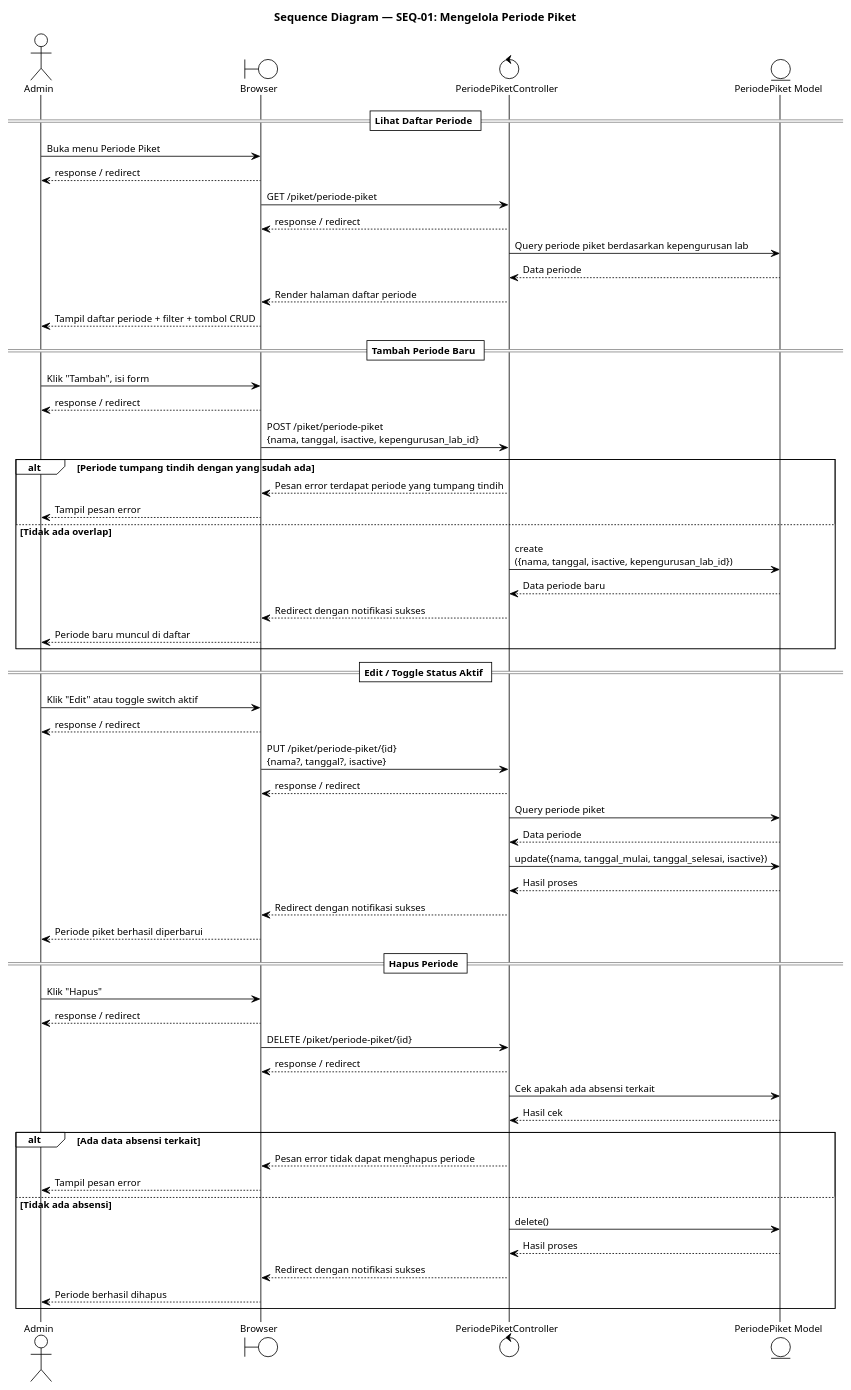
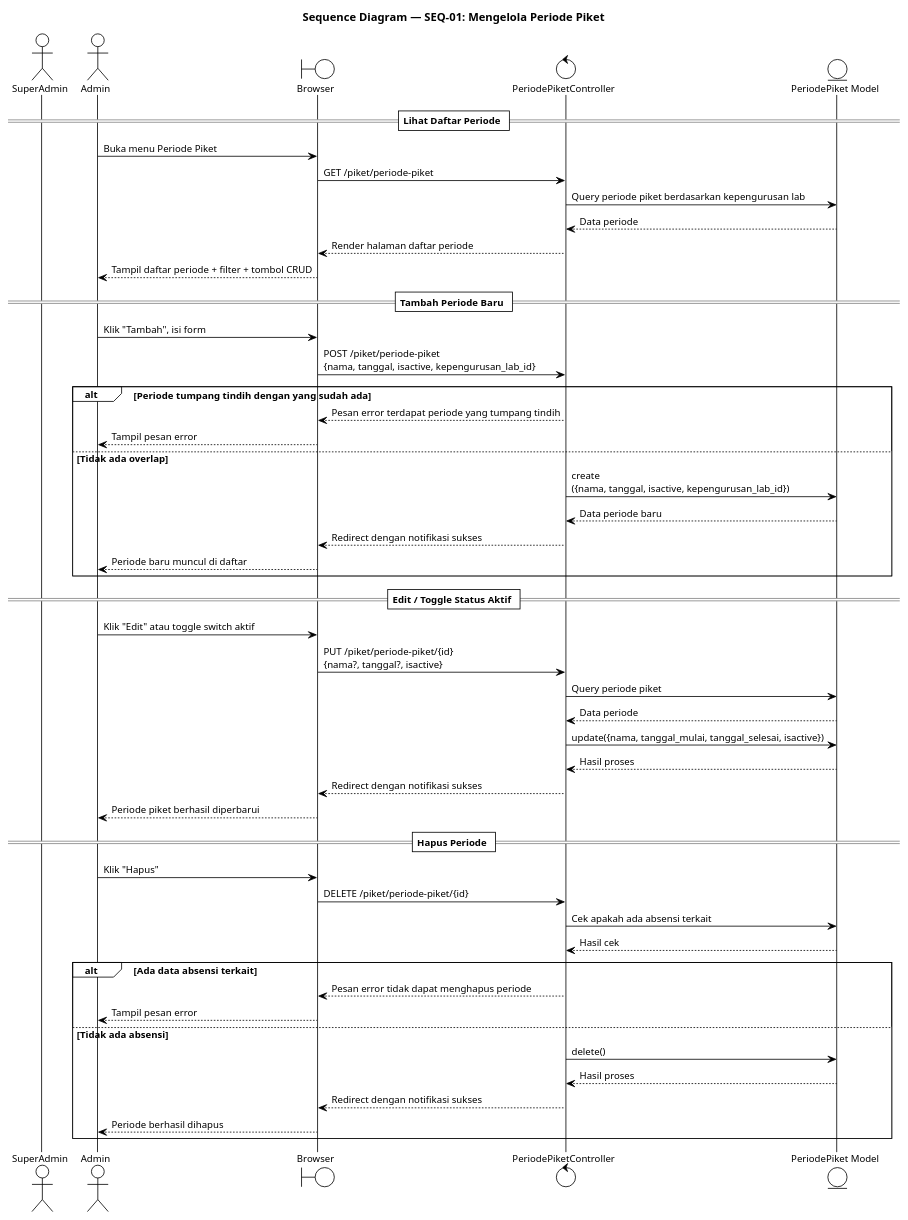
Before and after one commit to Habiboys/SILAB-DSI: the diagram in docs/piket/sequence/SEQ_01_MENGELOLA_PERIODE_PIKET.puml, drawn with PlantUML. The commit also changed 126 other files, not shown here.

```diff
--- a/docs/piket/sequence/SEQ_01_MENGELOLA_PERIODE_PIKET.puml
+++ b/docs/piket/sequence/SEQ_01_MENGELOLA_PERIODE_PIKET.puml
@@ -1,69 +1,71 @@
 @startuml SEQ_01_MENGELOLA_PERIODE_PIKET
 !theme plain
 skinparam defaultFontSize 12
 skinparam TitleFontSize 14
 title Sequence Diagram — SEQ-01: Mengelola Periode Piket
+
+actor       "SuperAdmin"                  as SuperAdmin
 
 actor       "Admin"                  as Admin
 boundary    "Browser"                as Browser
 control     "PeriodePiketController" as Controller
 entity      "PeriodePiket Model"     as Model
 
 == Lihat Daftar Periode ==
 
 Admin   -> Browser     : Buka menu Periode Piket
-Browser --> Admin : response / redirect
+
 Browser -> Controller  : GET /piket/periode-piket
-Controller --> Browser : response / redirect
+
 Controller -> Model    : Query periode piket berdasarkan kepengurusan lab
 Model --> Controller   : Data periode
 Controller --> Browser : Render halaman daftar periode
 Browser --> Admin      : Tampil daftar periode + filter + tombol CRUD
 
 == Tambah Periode Baru ==
 
 Admin   -> Browser     : Klik "Tambah", isi form
-Browser --> Admin : response / redirect
+
 Browser -> Controller  : POST /piket/periode-piket\n{nama, tanggal, isactive, kepengurusan_lab_id}
 alt Periode tumpang tindih dengan yang sudah ada
   Controller --> Browser : Pesan error terdapat periode yang tumpang tindih
   Browser --> Admin      : Tampil pesan error
 else Tidak ada overlap
   Controller -> Model : create\n({nama, tanggal, isactive, kepengurusan_lab_id})
   Model --> Controller : Data periode baru
   Controller --> Browser : Redirect dengan notifikasi sukses
   Browser --> Admin      : Periode baru muncul di daftar
 end
 
 == Edit / Toggle Status Aktif ==
 
 Admin   -> Browser     : Klik "Edit" atau toggle switch aktif
-Browser --> Admin : response / redirect
+
 Browser -> Controller  : PUT /piket/periode-piket/{id}\n{nama?, tanggal?, isactive}
-Controller --> Browser : response / redirect
+
 Controller -> Model    : Query periode piket
 Model --> Controller   : Data periode
 Controller -> Model    : update({nama, tanggal_mulai, tanggal_selesai, isactive})
 Model --> Controller : Hasil proses
 Controller --> Browser : Redirect dengan notifikasi sukses
 Browser --> Admin      : Periode piket berhasil diperbarui
 
 == Hapus Periode ==
 
 Admin   -> Browser     : Klik "Hapus"
-Browser --> Admin : response / redirect
+
 Browser -> Controller  : DELETE /piket/periode-piket/{id}
-Controller --> Browser : response / redirect
+
 Controller -> Model    : Cek apakah ada absensi terkait
 Model --> Controller   : Hasil cek
 alt Ada data absensi terkait
   Controller --> Browser : Pesan error tidak dapat menghapus periode
   Browser --> Admin      : Tampil pesan error
 else Tidak ada absensi
   Controller -> Model : delete()
   Model --> Controller : Hasil proses
   Controller --> Browser : Redirect dengan notifikasi sukses
   Browser --> Admin      : Periode berhasil dihapus
 end
 
 @enduml
```
